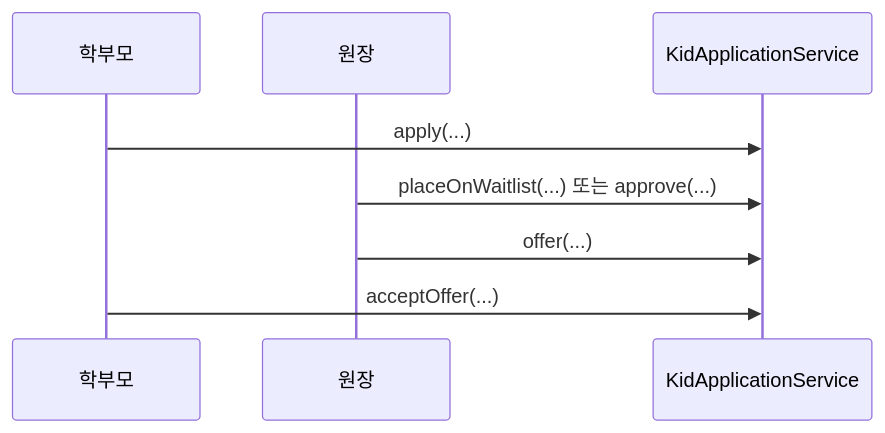
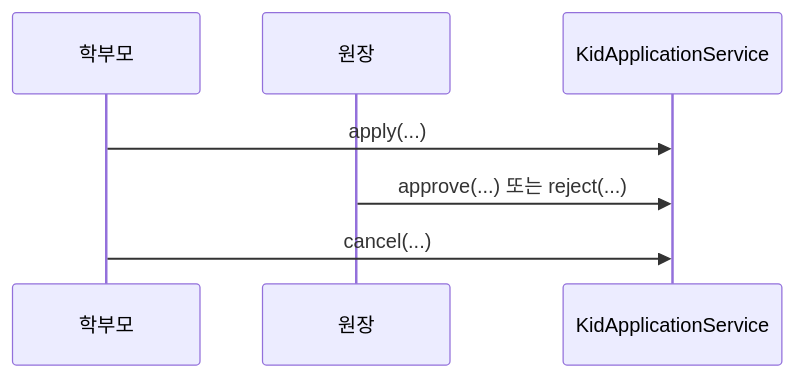
One commit to answndud/Kindergarten_ERP changed the third of 3 diagrams in blog/10-calendar-dashboard-and-application-workflows.md. Above: the diagram before and after it, drawn with Mermaid. The commit also changed other lines of this file and 19 other files, not shown here.

````diff
--- a/blog/10-calendar-dashboard-and-application-workflows.md
+++ b/blog/10-calendar-dashboard-and-application-workflows.md
@@ -191,11 +189,10 @@
 ```mermaid
 sequenceDiagram
     participant Parent as 학부모
     participant Principal as 원장
     participant App as KidApplicationService
 
     Parent->>App: apply(...)
-    Principal->>App: placeOnWaitlist(...) 또는 approve(...)
-    Principal->>App: offer(...)
-    Parent->>App: acceptOffer(...)
+    Principal->>App: approve(...) 또는 reject(...)
+    Parent->>App: cancel(...)
 ```
````
